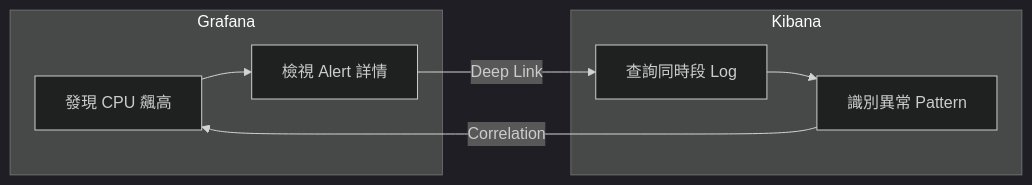
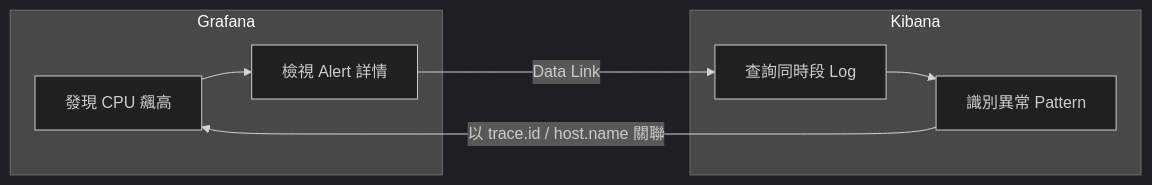
One commit to chihhung/Blog changed diagram 19 of 28 in content/posts/教學/工具/ELK-Stack教學手冊.md. Above: the diagram before and after it, drawn with Mermaid (dark theme). The commit also changed other lines of this file and 8 other files, not shown here.

````diff
--- a/content/posts/教學/工具/ELK-Stack教學手冊.md
+++ b/content/posts/教學/工具/ELK-Stack教學手冊.md
@@ -1914,17 +3443,17 @@
 ```mermaid
 graph LR
     subgraph "Grafana"
         A[發現 CPU 飆高]
         B[檢視 Alert 詳情]
     end
-    
+
     subgraph "Kibana"
         C[查詢同時段 Log]
         D[識別異常 Pattern]
     end
-    
+
     A --> B
-    B -->|"Deep Link"| C
+    B -->|"Data Link"| C
     C --> D
-    D -->|"Correlation"| A
+    D -->|"以 trace.id / host.name 關聯"| A
 ```
````
